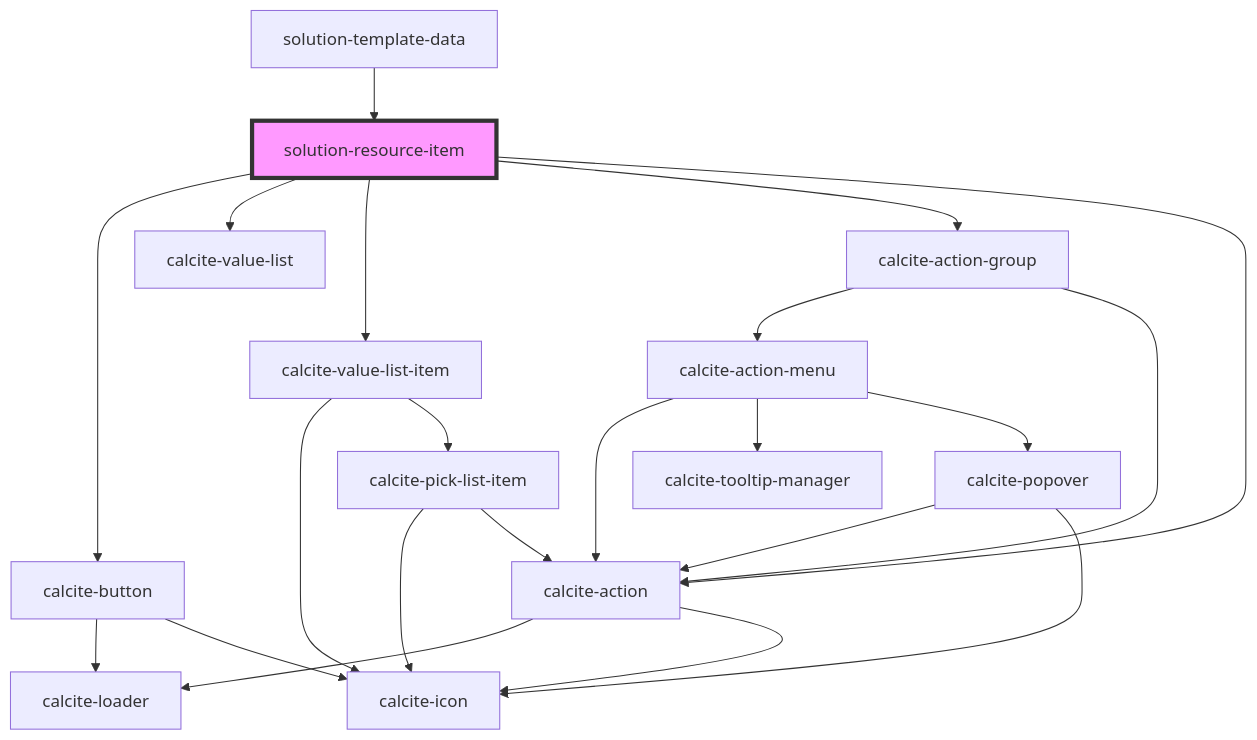
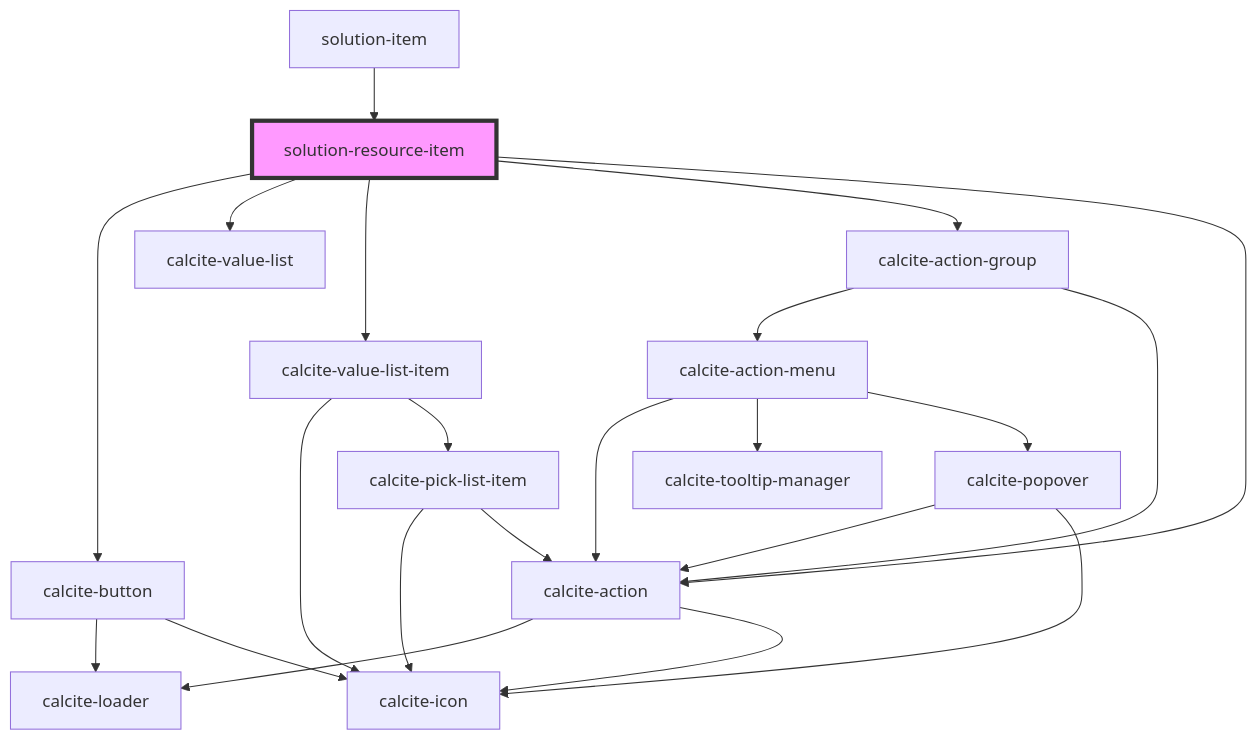
One commit to Esri/solutions-components changed the diagram in src/components/solution-resource-item/readme.md. Above: the diagram before and after it, drawn with Mermaid. The commit also changed other lines of this file and 7 other files, not shown here.

````diff
--- a/src/components/solution-resource-item/readme.md
+++ b/src/components/solution-resource-item/readme.md
@@ -34,25 +34,25 @@
 ```mermaid
 graph TD;
   solution-resource-item --> calcite-button
   solution-resource-item --> calcite-value-list
   solution-resource-item --> calcite-value-list-item
   solution-resource-item --> calcite-action-group
   solution-resource-item --> calcite-action
   calcite-button --> calcite-loader
   calcite-button --> calcite-icon
   calcite-value-list-item --> calcite-icon
   calcite-value-list-item --> calcite-pick-list-item
   calcite-pick-list-item --> calcite-icon
   calcite-pick-list-item --> calcite-action
   calcite-action --> calcite-loader
   calcite-action --> calcite-icon
   calcite-action-group --> calcite-action-menu
   calcite-action-group --> calcite-action
   calcite-action-menu --> calcite-action
   calcite-action-menu --> calcite-tooltip-manager
   calcite-action-menu --> calcite-popover
   calcite-popover --> calcite-action
   calcite-popover --> calcite-icon
-  solution-template-data --> solution-resource-item
+  solution-item --> solution-resource-item
   style solution-resource-item fill:#f9f,stroke:#333,stroke-width:4px
 ```
````
